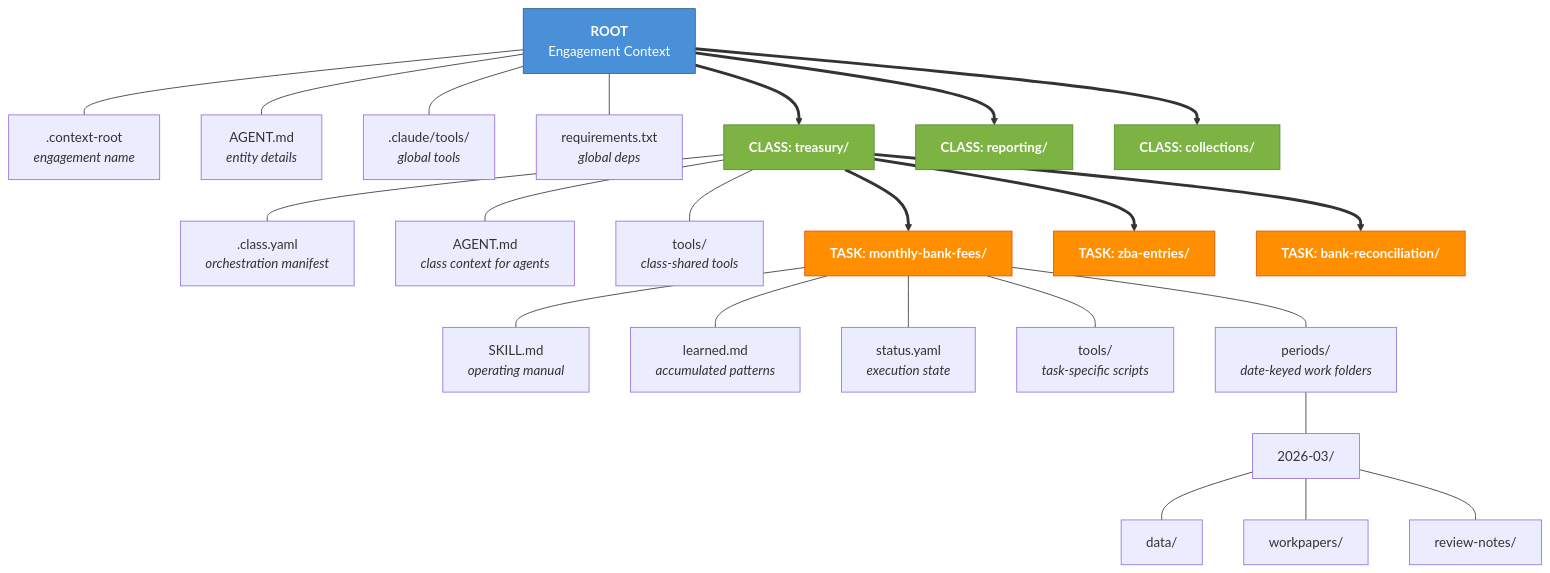
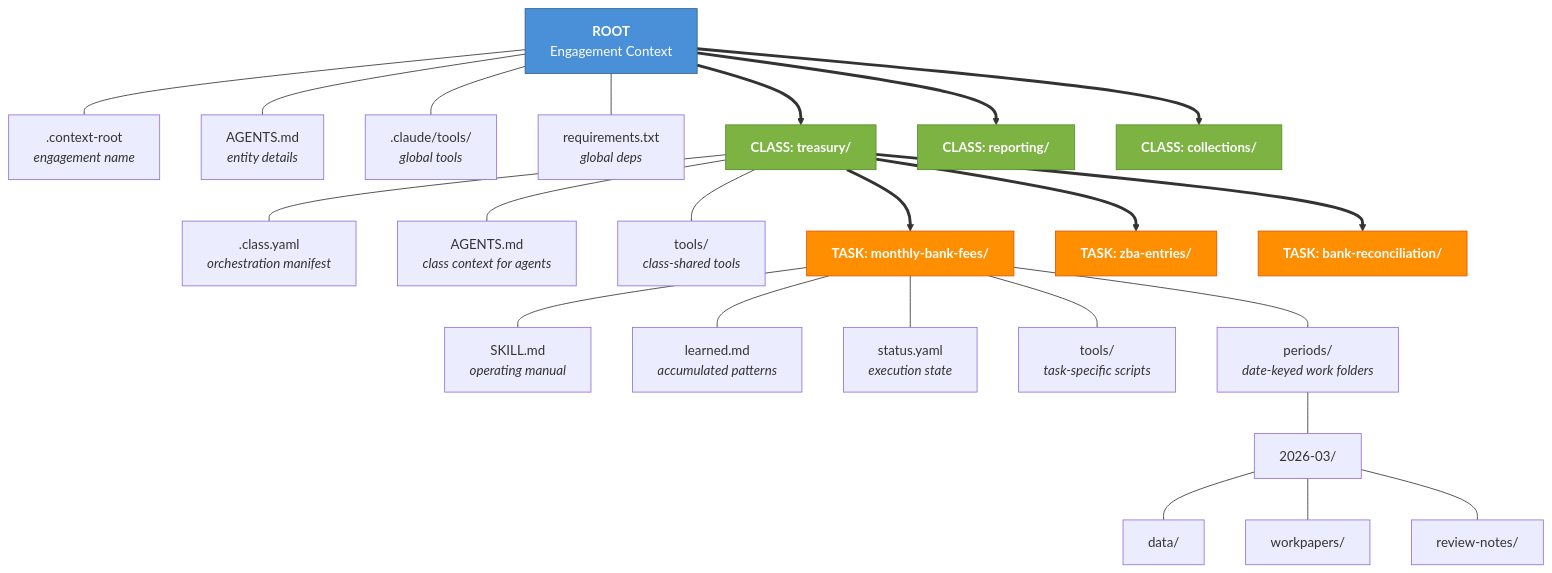
The first of 9 diagrams in spec/diagrams.md (TomFoolerrie/cadence), drawn with Mermaid before and after one commit. The commit also changed other lines of this file and 28 other files, not shown here.

````diff
--- a/spec/diagrams.md
+++ b/spec/diagrams.md
@@ -5,39 +5,39 @@
 ```mermaid
 graph TD
     ROOT["<b>ROOT</b><br/>Engagement Context"]
     ROOT --- RC1[".context-root<br/><i>engagement name</i>"]
-    ROOT --- RC2["AGENT.md<br/><i>entity details</i>"]
+    ROOT --- RC2["AGENTS.md<br/><i>entity details</i>"]
     ROOT --- RC3[".claude/tools/<br/><i>global tools</i>"]
     ROOT --- RC4["requirements.txt<br/><i>global deps</i>"]
 
     ROOT ==> CLASS1["<b>CLASS: treasury/</b>"]
     ROOT ==> CLASS2["<b>CLASS: reporting/</b>"]
     ROOT ==> CLASS3["<b>CLASS: collections/</b>"]
 
     CLASS1 --- CC1[".class.yaml<br/><i>orchestration manifest</i>"]
-    CLASS1 --- CC2["AGENT.md<br/><i>class context for agents</i>"]
+    CLASS1 --- CC2["AGENTS.md<br/><i>class context for agents</i>"]
     CLASS1 --- CC4["tools/<br/><i>class-shared tools</i>"]
 
     CLASS1 ==> TASK1["<b>TASK: monthly-bank-fees/</b>"]
     CLASS1 ==> TASK2["<b>TASK: zba-entries/</b>"]
     CLASS1 ==> TASK3["<b>TASK: bank-reconciliation/</b>"]
 
     TASK1 --- TC1["SKILL.md<br/><i>operating manual</i>"]
     TASK1 --- TC2["learned.md<br/><i>accumulated patterns</i>"]
     TASK1 --- TC3["status.yaml<br/><i>execution state</i>"]
     TASK1 --- TC4["tools/<br/><i>task-specific scripts</i>"]
     TASK1 --- TC5["periods/<br/><i>date-keyed work folders</i>"]
 
     TC5 --- P1["2026-03/"]
     P1 --- PD["data/"]
     P1 --- PW["workpapers/"]
     P1 --- PR["review-notes/"]
 
     style ROOT fill:#4a90d9,color:#fff,stroke:#2c5f8a
     style CLASS1 fill:#7cb342,color:#fff,stroke:#558b2f
     style CLASS2 fill:#7cb342,color:#fff,stroke:#558b2f
     style CLASS3 fill:#7cb342,color:#fff,stroke:#558b2f
     style TASK1 fill:#ff8f00,color:#fff,stroke:#e65100
     style TASK2 fill:#ff8f00,color:#fff,stroke:#e65100
     style TASK3 fill:#ff8f00,color:#fff,stroke:#e65100
 ```
````
